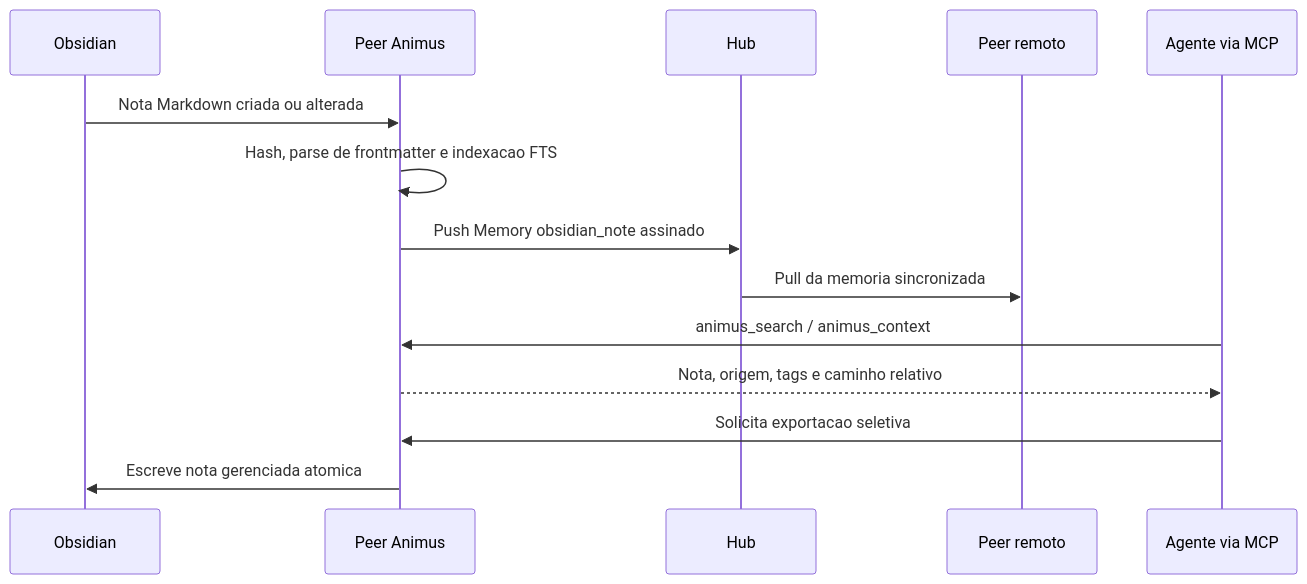
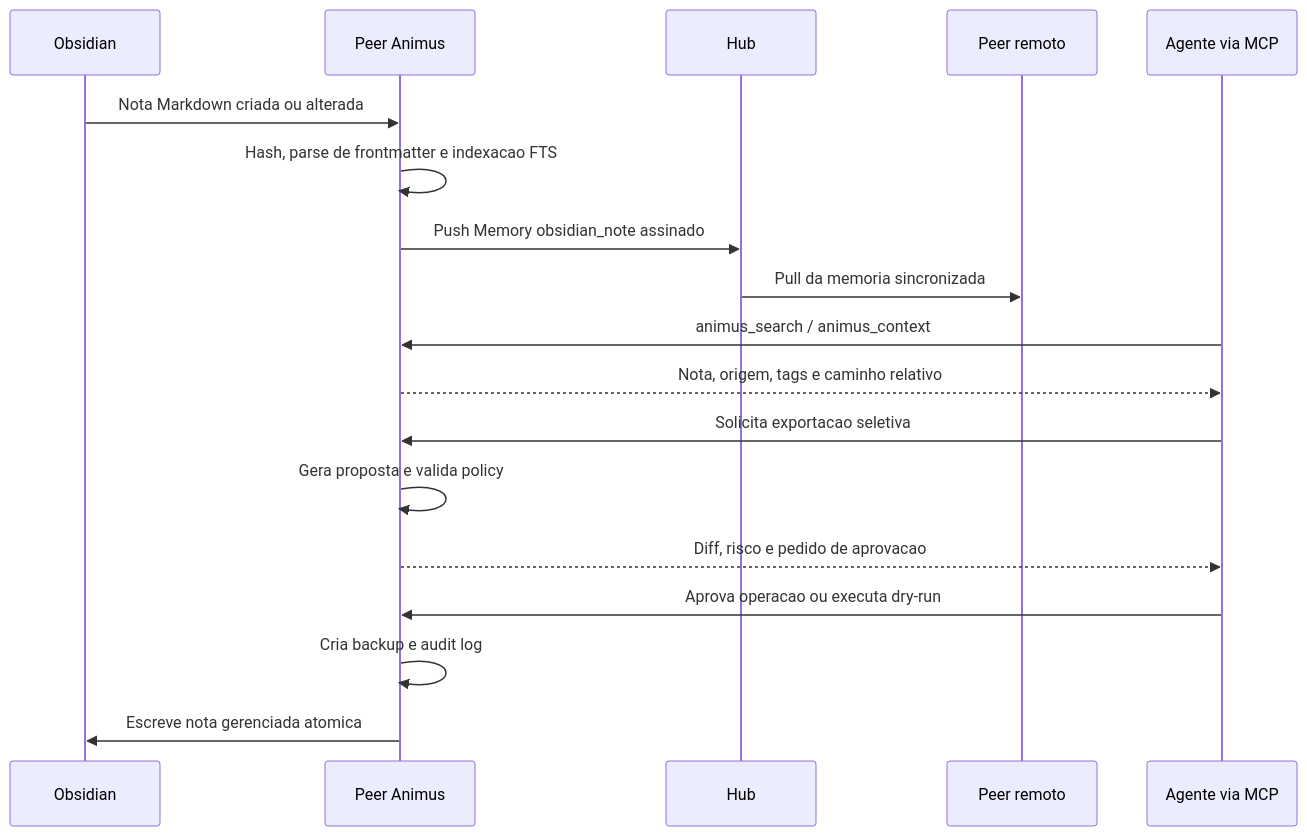
Before and after one commit to GuilhermeP96/animus: the fifth of 6 diagrams in docs/PLANO-INTEGRACAO-OBSIDIAN.md, drawn with Mermaid. The commit also changed other lines of this file and 1 other file, not shown here.

Commit message:
docs: atualizar referencia obsidian e diagramas

````diff
--- a/docs/PLANO-INTEGRACAO-OBSIDIAN.md
+++ b/docs/PLANO-INTEGRACAO-OBSIDIAN.md
@@ -224,17 +251,21 @@
 ```mermaid
 sequenceDiagram
   participant O as Obsidian
   participant P as Peer Animus
   participant H as Hub
   participant R as Peer remoto
   participant A as Agente via MCP
 
   O->>P: Nota Markdown criada ou alterada
   P->>P: Hash, parse de frontmatter e indexacao FTS
   P->>H: Push Memory obsidian_note assinado
   H->>R: Pull da memoria sincronizada
   A->>P: animus_search / animus_context
   P-->>A: Nota, origem, tags e caminho relativo
   A->>P: Solicita exportacao seletiva
+  P->>P: Gera proposta e valida policy
+  P-->>A: Diff, risco e pedido de aprovacao
+  A->>P: Aprova operacao ou executa dry-run
+  P->>P: Cria backup e audit log
   P->>O: Escreve nota gerenciada atomica
 ```
````
